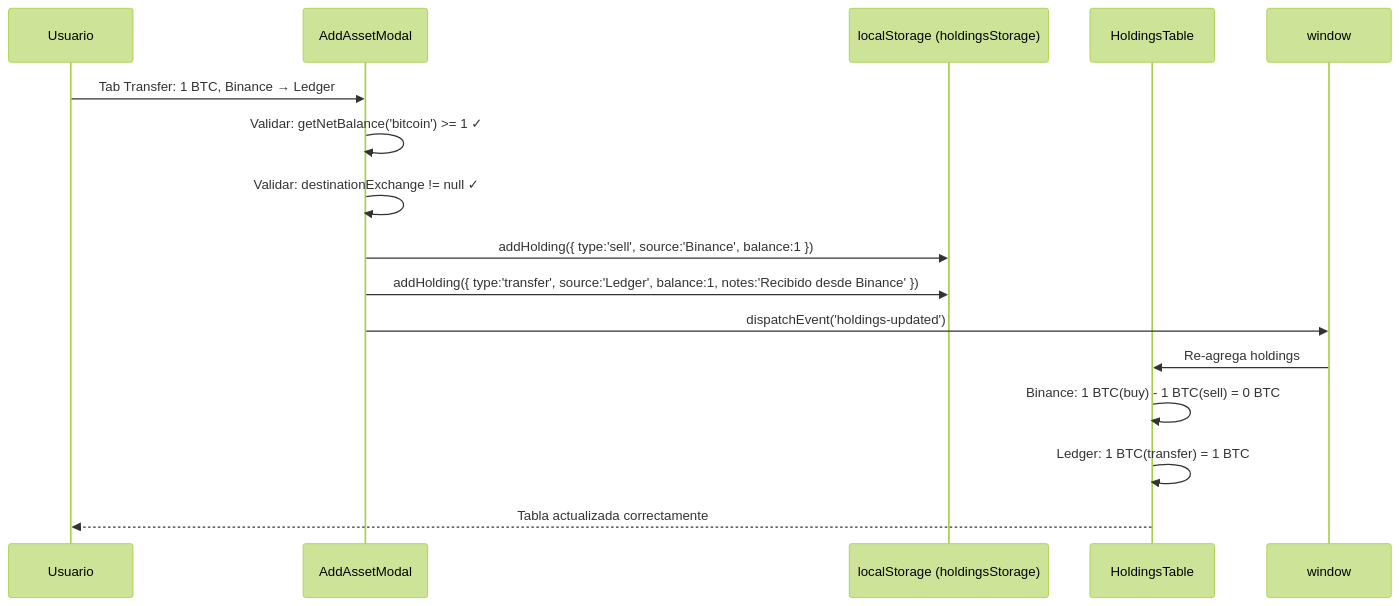
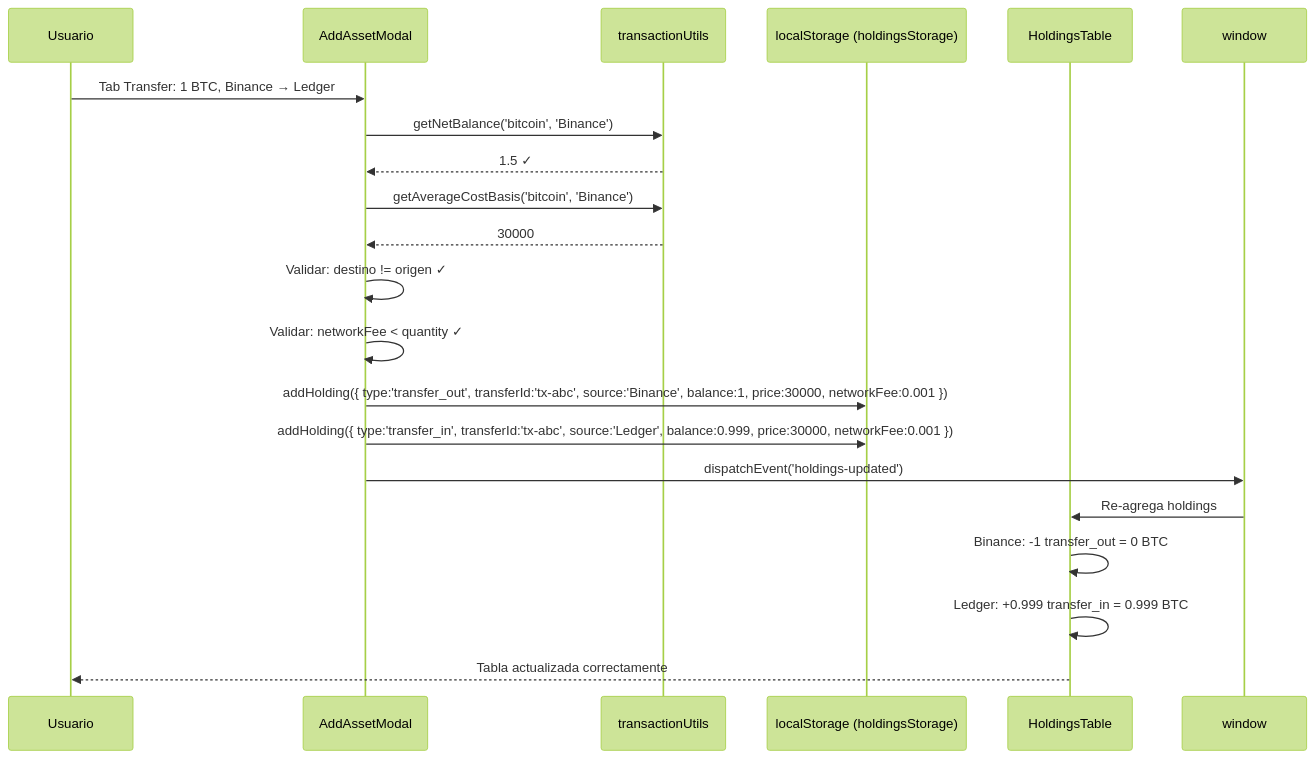
Before and after one commit to EdGonzz/caletaJS: the diagram in docs/decisions/024-transfer-doble-entrada-atomica.md, drawn with Mermaid (forest theme). The commit also changed other lines of this file and 6 other files, not shown here.

````diff
--- a/docs/decisions/024-transfer-doble-entrada-atomica.md
+++ b/docs/decisions/024-transfer-doble-entrada-atomica.md
@@ -105,18 +175,23 @@
 ```mermaid
 sequenceDiagram
     participant U as Usuario
     participant M as AddAssetModal
+    participant TU as transactionUtils
     participant LS as localStorage (holdingsStorage)
     participant HT as HoldingsTable
 
     U->>M: Tab Transfer: 1 BTC, Binance → Ledger
-    M->>M: Validar: getNetBalance('bitcoin') >= 1 ✓
-    M->>M: Validar: destinationExchange != null ✓
-    M->>LS: addHolding({ type:'sell', source:'Binance', balance:1 })
-    M->>LS: addHolding({ type:'transfer', source:'Ledger', balance:1, notes:'Recibido desde Binance' })
+    M->>TU: getNetBalance('bitcoin', 'Binance')
+    TU-->>M: 1.5 ✓
+    M->>TU: getAverageCostBasis('bitcoin', 'Binance')
+    TU-->>M: 30000
+    M->>M: Validar: destino != origen ✓
+    M->>M: Validar: networkFee < quantity ✓
+    M->>LS: addHolding({ type:'transfer_out', transferId:'tx-abc', source:'Binance', balance:1, price:30000, networkFee:0.001 })
+    M->>LS: addHolding({ type:'transfer_in', transferId:'tx-abc', source:'Ledger', balance:0.999, price:30000, networkFee:0.001 })
     M->>window: dispatchEvent('holdings-updated')
     window->>HT: Re-agrega holdings
-    HT->>HT: Binance: 1 BTC(buy) - 1 BTC(sell) = 0 BTC
-    HT->>HT: Ledger: 1 BTC(transfer) = 1 BTC
+    HT->>HT: Binance: -1 transfer_out = 0 BTC
+    HT->>HT: Ledger: +0.999 transfer_in = 0.999 BTC
     HT-->>U: Tabla actualizada correctamente
 ```
````
